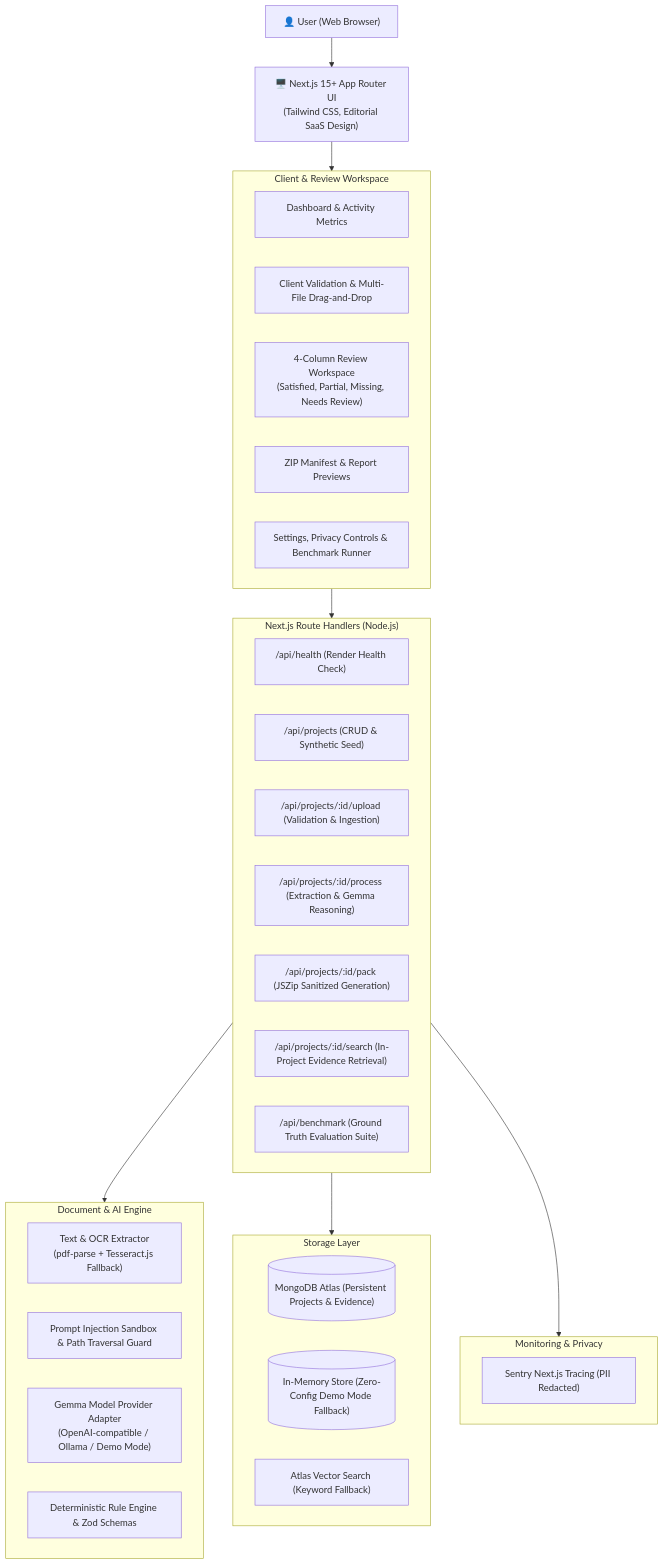
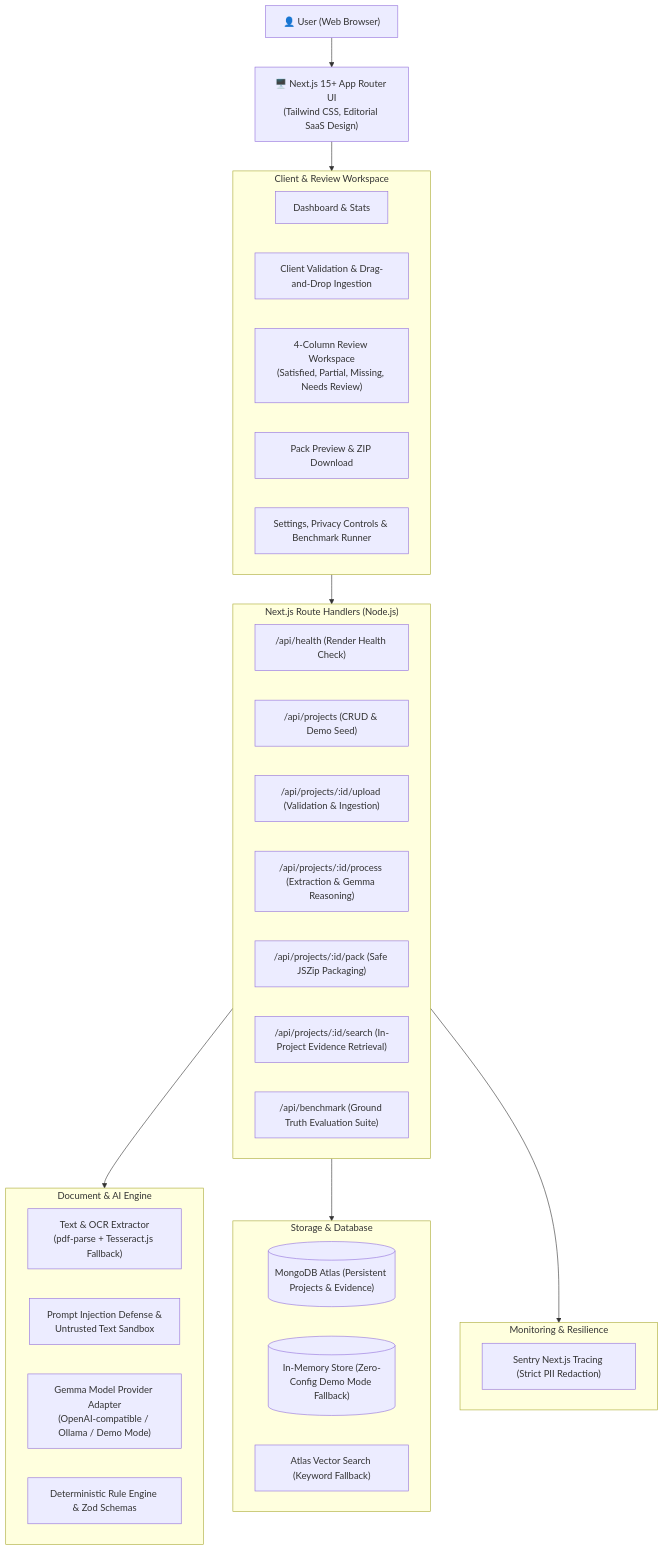
One commit to Shade555/ProofPocket changed the diagram in README.md. Above: the diagram before and after it, drawn with Mermaid. The commit also changed other lines of this file, not shown here.

Commit message:
docs: elevate README to editorial standard with badges, visual diagrams, and quickstart

````diff
--- a/README.md
+++ b/README.md
@@ -42,49 +120,49 @@
 ```mermaid
 flowchart TD
     User["👤 User (Web Browser)"] --> UI["🖥️ Next.js 15+ App Router UI\n(Tailwind CSS, Editorial SaaS Design)"]
     
     subgraph Frontend["Client & Review Workspace"]
-        Dashboard["Dashboard & Activity Metrics"]
-        UploadZone["Client Validation & Multi-File Drag-and-Drop"]
+        Dashboard["Dashboard & Stats"]
+        UploadZone["Client Validation & Drag-and-Drop Ingestion"]
         ReviewBoard["4-Column Review Workspace\n(Satisfied, Partial, Missing, Needs Review)"]
-        PackPreview["ZIP Manifest & Report Previews"]
+        PackPreview["Pack Preview & ZIP Download"]
         SettingsPage["Settings, Privacy Controls & Benchmark Runner"]
     end
     
     UI --> Frontend
     
     subgraph Server["Next.js Route Handlers (Node.js)"]
         HealthEndpoint["/api/health (Render Health Check)"]
-        ProjectsAPI["/api/projects (CRUD & Synthetic Seed)"]
+        ProjectsAPI["/api/projects (CRUD & Demo Seed)"]
         UploadAPI["/api/projects/:id/upload (Validation & Ingestion)"]
         ProcessAPI["/api/projects/:id/process (Extraction & Gemma Reasoning)"]
-        PackAPI["/api/projects/:id/pack (JSZip Sanitized Generation)"]
+        PackAPI["/api/projects/:id/pack (Safe JSZip Packaging)"]
         SearchAPI["/api/projects/:id/search (In-Project Evidence Retrieval)"]
         BenchmarkAPI["/api/benchmark (Ground Truth Evaluation Suite)"]
     end
     
     Frontend --> Server
     
     subgraph Engine["Document & AI Engine"]
         Extractor["Text & OCR Extractor\n(pdf-parse + Tesseract.js Fallback)"]
-        Sanitizer["Prompt Injection Sandbox & Path Traversal Guard"]
+        Sanitizer["Prompt Injection Defense &\nUntrusted Text Sandbox"]
         GemmaAdapter["Gemma Model Provider Adapter\n(OpenAI-compatible / Ollama / Demo Mode)"]
-        Validator["Deterministic Rule Engine & Zod Schemas"]
+        DeterministicValidator["Deterministic Rule Engine & Zod Schemas"]
     end
     
     Server --> Engine
     
-    subgraph Persistence["Storage Layer"]
+    subgraph Persistence["Storage & Database"]
         MongoDB[("MongoDB Atlas (Persistent Projects & Evidence)")]
         MemoryFallback[("In-Memory Store (Zero-Config Demo Mode Fallback)")]
         VectorSearch["Atlas Vector Search (Keyword Fallback)"]
     end
     
     Server --> Persistence
     
-    subgraph Observability["Monitoring & Privacy"]
-        SentrySDK["Sentry Next.js Tracing (PII Redacted)"]
+    subgraph Observability["Monitoring & Resilience"]
+        SentrySDK["Sentry Next.js Tracing (Strict PII Redaction)"]
     end
     
     Server --> Observability
 ```
````
